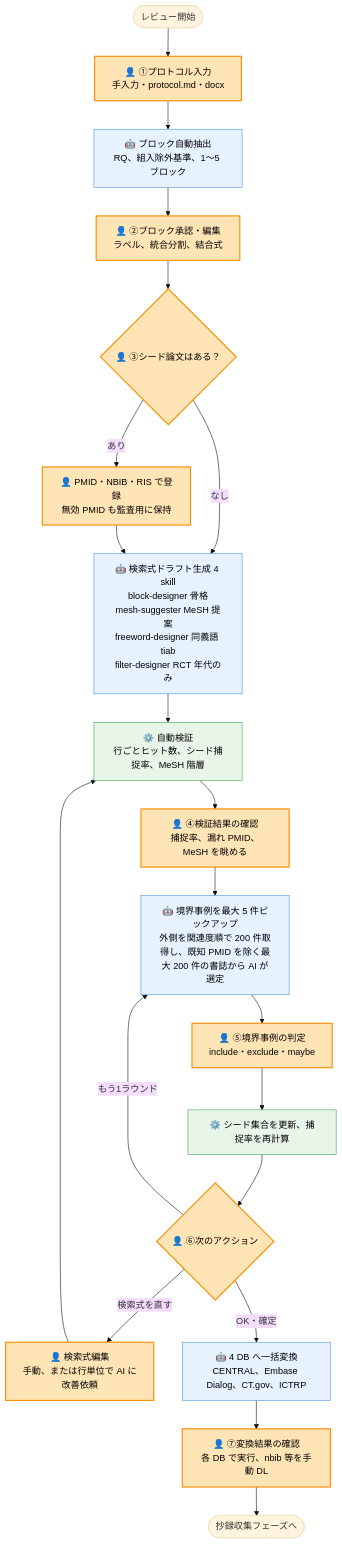
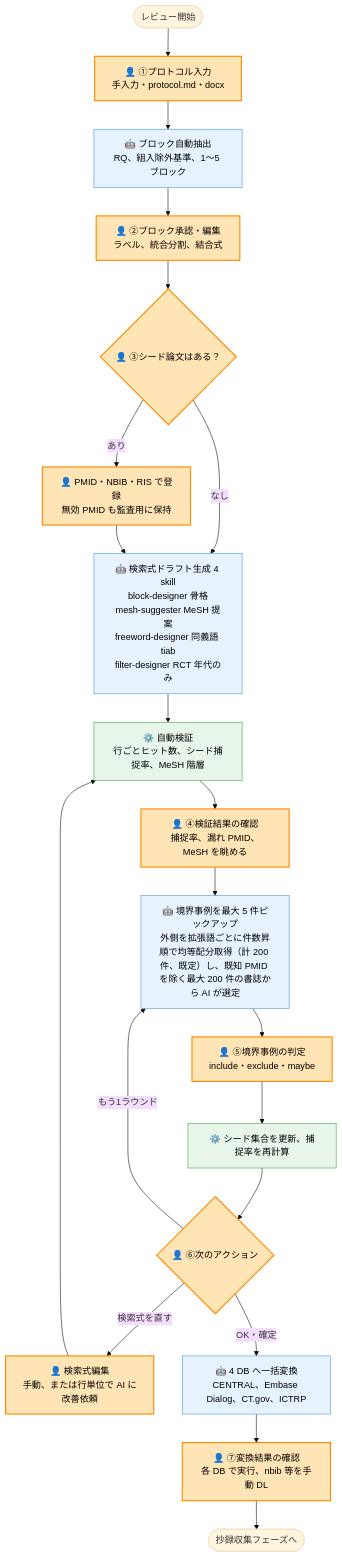
One commit to youkiti/sr-query-builder-plugin changed the diagram in docs/librarian-flowchart.md. Above: the diagram before and after it, drawn with Mermaid (base theme). The commit also changed 10 other files, not shown here.

````diff
--- a/docs/librarian-flowchart.md
+++ b/docs/librarian-flowchart.md
@@ -17,30 +17,30 @@
 ```mermaid
 flowchart TD
     Start([レビュー開始]) --> H1["👤 ①プロトコル入力<br/>手入力・protocol.md・docx"]
     H1 --> A1["🤖 ブロック自動抽出<br/>RQ、組入除外基準、1〜5 ブロック"]
     A1 --> H2["👤 ②ブロック承認・編集<br/>ラベル、統合分割、結合式"]
     H2 --> H3{"👤 ③シード論文はある？"}
     H3 -->|あり| H3a["👤 PMID・NBIB・RIS で登録<br/>無効 PMID も監査用に保持"]
     H3 -->|なし| A2
     H3a --> A2
     A2["🤖 検索式ドラフト生成 4 skill<br/>block-designer 骨格<br/>mesh-suggester MeSH 提案<br/>freeword-designer 同義語 tiab<br/>filter-designer RCT 年代のみ"]
     A2 --> V1["⚙️ 自動検証<br/>行ごとヒット数、シード捕捉率、MeSH 階層"]
     V1 --> H4["👤 ④検証結果の確認<br/>捕捉率、漏れ PMID、MeSH を眺める"]
-    H4 --> A3["🤖 境界事例を最大 5 件ピックアップ<br/>外側を関連度順で 200 件取得し、既知 PMID を除く最大 200 件の書誌から AI が選定"]
+    H4 --> A3["🤖 境界事例を最大 5 件ピックアップ<br/>外側を拡張語ごとに件数昇順で均等配分取得（計 200 件、既定）し、既知 PMID を除く最大 200 件の書誌から AI が選定"]
     A3 --> H5["👤 ⑤境界事例の判定<br/>include・exclude・maybe"]
     H5 --> V2["⚙️ シード集合を更新、捕捉率を再計算"]
     V2 --> D1{"👤 ⑥次のアクション"}
     D1 -->|もう1ラウンド| A3
     D1 -->|検索式を直す| H6["👤 検索式編集<br/>手動、または行単位で AI に改善依頼"]
     H6 --> V1
     D1 -->|OK・確定| A4["🤖 4 DB へ一括変換<br/>CENTRAL、Embase Dialog、CT.gov、ICTRP"]
     A4 --> H7["👤 ⑦変換結果の確認<br/>各 DB で実行、nbib 等を手動 DL"]
     H7 --> End([抄録収集フェーズへ])
 
     classDef hitl fill:#ffe4b5,stroke:#ff8c00,stroke-width:2px,color:#000
     classDef ai fill:#e6f3ff,stroke:#4a90e2,color:#000
     classDef sys fill:#e8f5e9,stroke:#43a047,color:#000
     class H1,H2,H3,H3a,H4,H5,H6,H7,D1 hitl
     class A1,A2,A3,A4 ai
     class V1,V2 sys
 ```
````
